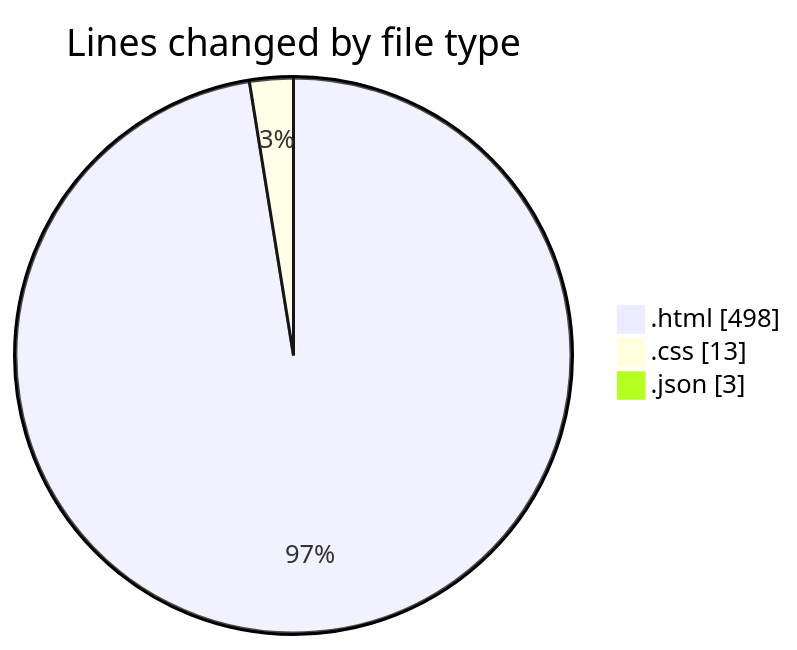
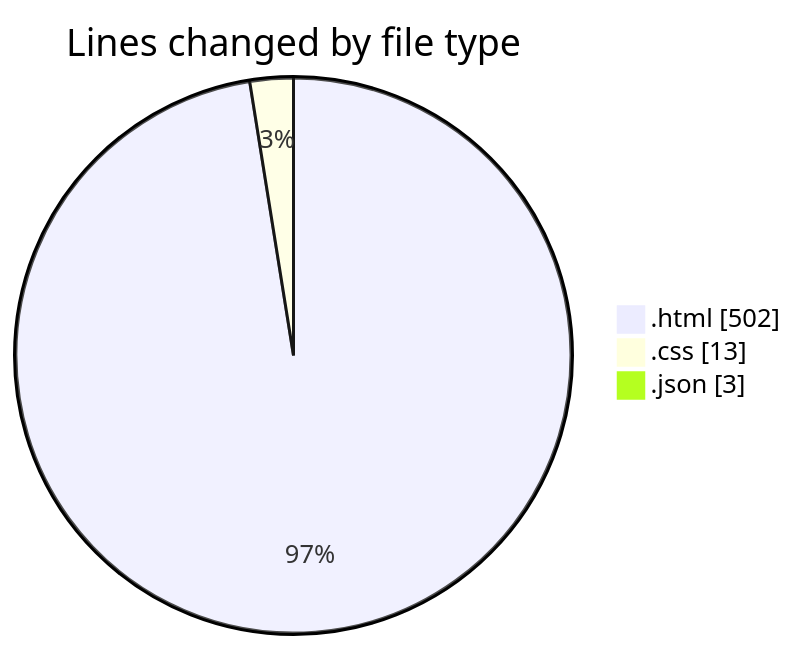
The first of 2 diagrams in 2025-12-11/technologie_web/README.md (hasnaa123/code-tracking), drawn with Mermaid before and after one commit. The commit also changed other lines of this file and 1 other file, not shown here.

````diff
--- a/2025-12-11/technologie_web/README.md
+++ b/2025-12-11/technologie_web/README.md
@@ -23,7 +23,7 @@
 ```mermaid
 pie showData
 title Lines changed by file type
-".html" : 498
+".html" : 502
 ".css" : 13
 ".json" : 3
 ```
````
